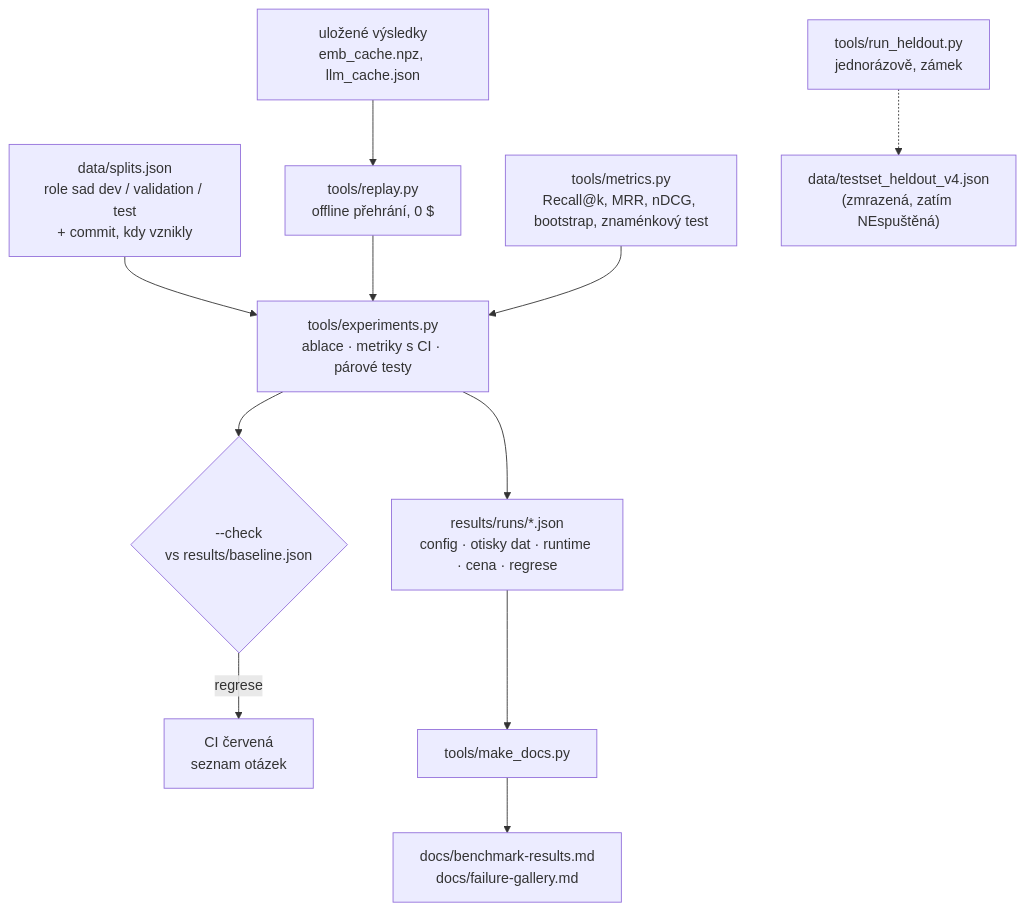
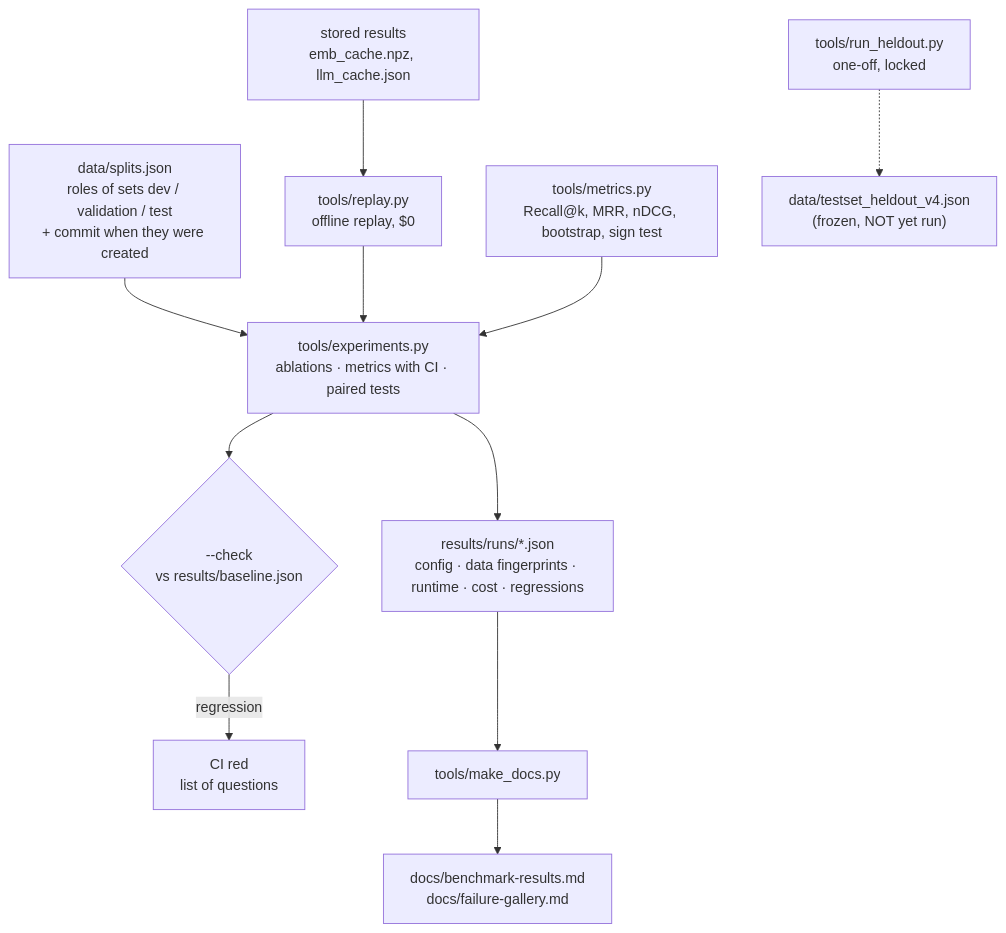
Before and after one commit to zenkovski/rag-demo: the second of 2 diagrams in docs/architecture.md, drawn with Mermaid. The commit also changed other lines of this file and 43 other files, not shown here.

````diff
--- a/docs/architecture.md
+++ b/docs/architecture.md
@@ -40,12 +44,12 @@
 ```mermaid
 flowchart TB
-  S["data/splits.json<br/>role sad dev / validation / test<br/>+ commit, kdy vznikly"] --> E
-  C["uložené výsledky<br/>emb_cache.npz, llm_cache.json"] --> RP["tools/replay.py<br/>offline přehrání, 0 $"]
-  RP --> E["tools/experiments.py<br/>ablace · metriky s CI · párové testy"]
-  M["tools/metrics.py<br/>Recall@k, MRR, nDCG, bootstrap, znaménkový test"] --> E
-  E --> R["results/runs/*.json<br/>config · otisky dat · runtime · cena · regrese"]
+  S["data/splits.json<br/>roles of sets dev / validation / test<br/>+ commit when they were created"] --> E
+  C["stored results<br/>emb_cache.npz, llm_cache.json"] --> RP["tools/replay.py<br/>offline replay, $0"]
+  RP --> E["tools/experiments.py<br/>ablations · metrics with CI · paired tests"]
+  M["tools/metrics.py<br/>Recall@k, MRR, nDCG, bootstrap, sign test"] --> E
+  E --> R["results/runs/*.json<br/>config · data fingerprints · runtime · cost · regressions"]
   E --> G{"--check<br/>vs results/baseline.json"}
-  G -- regrese --> X["CI červená<br/>seznam otázek"]
+  G -- regression --> X["CI red<br/>list of questions"]
   R --> D["tools/make_docs.py"] --> BR["docs/benchmark-results.md<br/>docs/failure-gallery.md"]
-  H["tools/run_heldout.py<br/>jednorázově, zámek"] -.-> N["data/testset_heldout_v4.json<br/>(zmrazená, zatím NEspuštěná)"]
+  H["tools/run_heldout.py<br/>one-off, locked"] -.-> N["data/testset_heldout_v4.json<br/>(frozen, NOT yet run)"]
 ```
````
